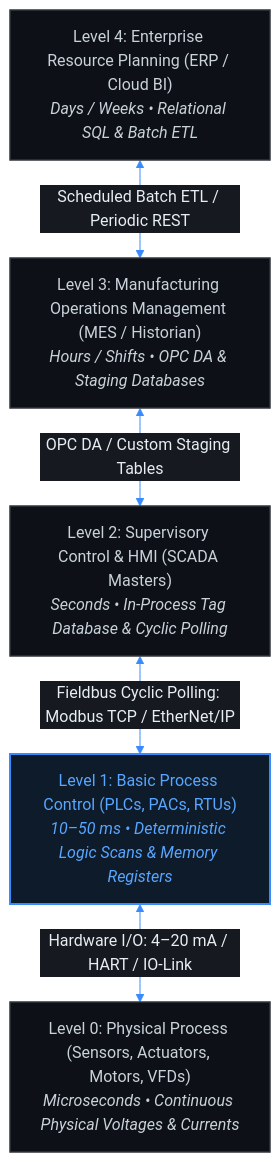
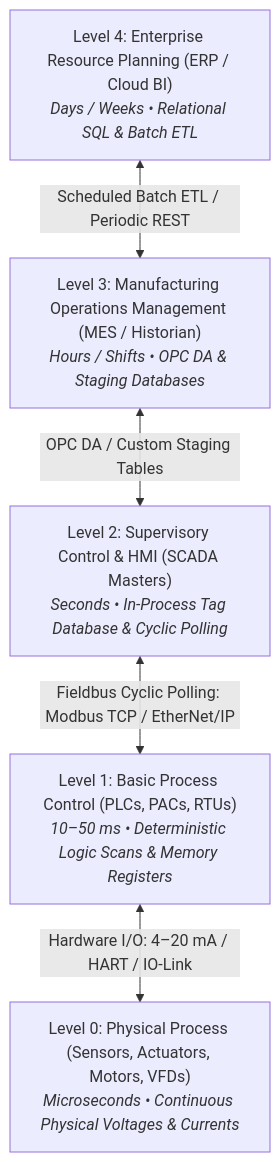
The first of 2 diagrams in docs/00-Domain-Mastery/lessons/01-Purdue-vs-UNS.md (Novav20/The-Meridian-Grid), drawn with Mermaid before and after one commit. The commit also changed other lines of this file and 15 other files, not shown here.

Commit message:
Clean up Mermaid lesson diagrams

````diff
--- a/docs/00-Domain-Mastery/lessons/01-Purdue-vs-UNS.md
+++ b/docs/00-Domain-Mastery/lessons/01-Purdue-vs-UNS.md
@@ -67,33 +67,14 @@
 ```mermaid
-%%{init: {
-  'theme': 'base',
-  'themeVariables': {
-    'darkMode': true,
-    'primaryColor': '#1E222B',
-    'primaryTextColor': '#E6EDF3',
-    'primaryBorderColor': '#388BFD',
-    'lineColor': '#388BFD',
-    'secondaryColor': '#16191F',
-    'tertiaryColor': '#0D1117',
-    'edgeLabelBackground': '#16191F'
-  },
-  'themeCSS': '.edgeLabel { color: #E6EDF3 !important; } .edgeLabel rect { fill: #16191F !important; } .label { color: #E6EDF3 !important; } .cluster-label span { color: #E6EDF3 !important; }'
-}}%%
 graph TD
-    classDef l4 fill:#0d1117,stroke:#30363d,stroke-width:1.5px,color:#c9d1d9
-    classDef l3 fill:#0d1117,stroke:#30363d,stroke-width:1.5px,color:#c9d1d9
-    classDef l2 fill:#0d1117,stroke:#30363d,stroke-width:1.5px,color:#c9d1d9
-    classDef l1 fill:#0d1b2a,stroke:#388bfd,stroke-width:2px,color:#58a6ff
-    classDef l0 fill:#0d1117,stroke:#30363d,stroke-width:1.5px,color:#c9d1d9
 
-    L4["Level 4: Enterprise Resource Planning (ERP / Cloud BI)<br/><em>Days / Weeks • Relational SQL & Batch ETL</em>"]:::l4
-    L3["Level 3: Manufacturing Operations Management (MES / Historian)<br/><em>Hours / Shifts • OPC DA & Staging Databases</em>"]:::l3
-    L2["Level 2: Supervisory Control & HMI (SCADA Masters)<br/><em>Seconds • In-Process Tag Database & Cyclic Polling</em>"]:::l2
-    L1["Level 1: Basic Process Control (PLCs, PACs, RTUs)<br/><em>10–50 ms • Deterministic Logic Scans & Memory Registers</em>"]:::l1
-    L0["Level 0: Physical Process (Sensors, Actuators, Motors, VFDs)<br/><em>Microseconds • Continuous Physical Voltages & Currents</em>"]:::l0
+    L4["Level 4: Enterprise Resource Planning (ERP / Cloud BI)<br/><em>Days / Weeks • Relational SQL & Batch ETL</em>"]
+    L3["Level 3: Manufacturing Operations Management (MES / Historian)<br/><em>Hours / Shifts • OPC DA & Staging Databases</em>"]
+    L2["Level 2: Supervisory Control & HMI (SCADA Masters)<br/><em>Seconds • In-Process Tag Database & Cyclic Polling</em>"]
+    L1["Level 1: Basic Process Control (PLCs, PACs, RTUs)<br/><em>10–50 ms • Deterministic Logic Scans & Memory Registers</em>"]
+    L0["Level 0: Physical Process (Sensors, Actuators, Motors, VFDs)<br/><em>Microseconds • Continuous Physical Voltages & Currents</em>"]
 
     L4 <-->|Scheduled Batch ETL / Periodic REST| L3
     L3 <-->|OPC DA / Custom Staging Tables| L2
     L2 <-->|Fieldbus Cyclic Polling: Modbus TCP / EtherNet/IP| L1
     L1 <-->|Hardware I/O: 4–20 mA / HART / IO-Link| L0
 ```
````
